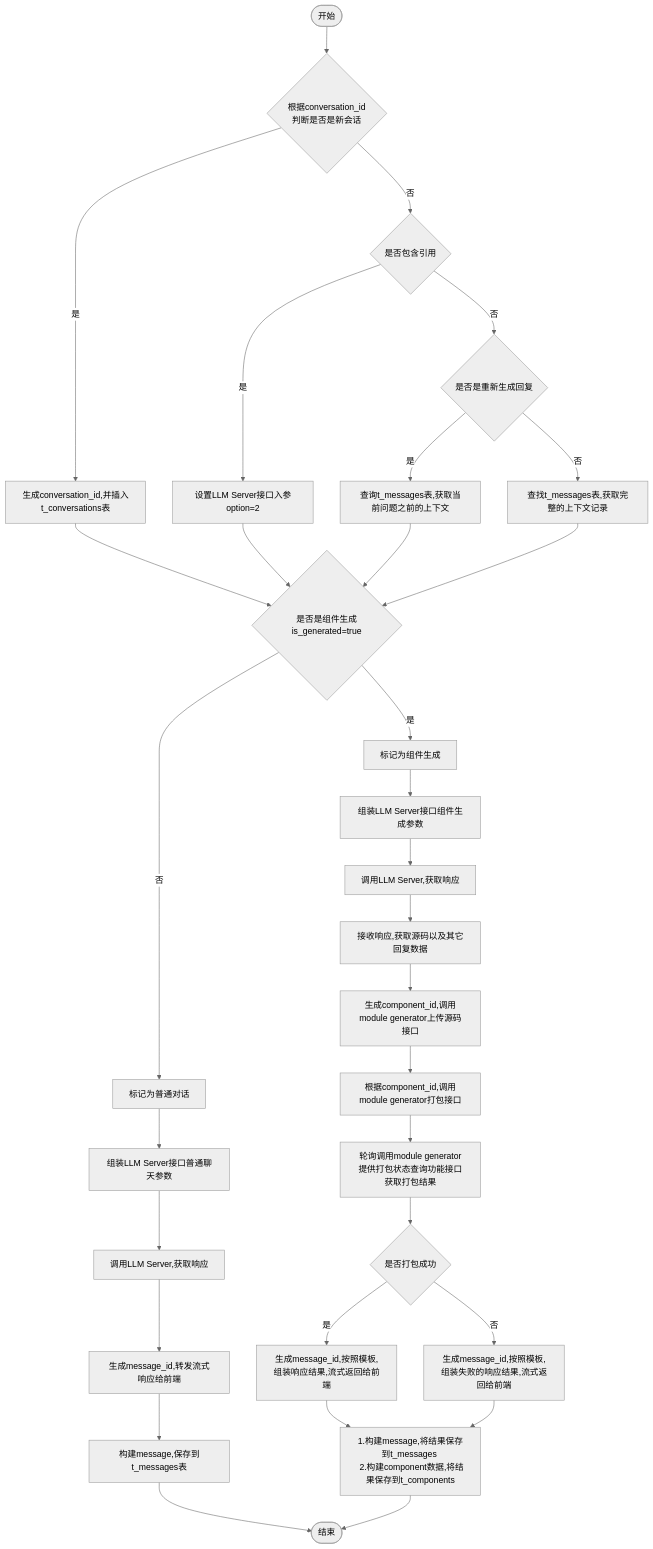
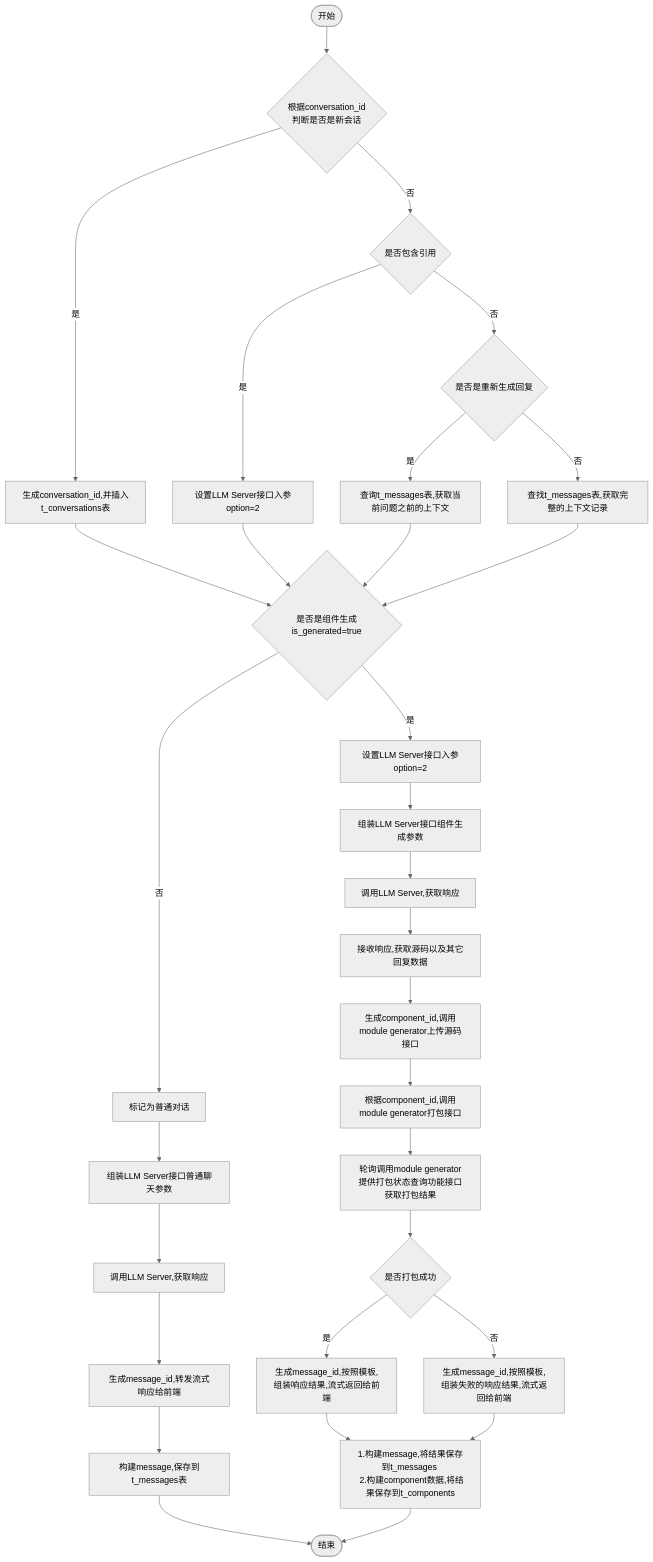
Before and after one commit to yingjianzh/iodraw-files: the diagram in all/w3-会话-不需要传递message.md, drawn with Mermaid (neutral theme).

Commit message:
2024-10-14 11:07:50 update

````diff
--- a/all/w3-会话-不需要传递message.md
+++ b/all/w3-会话-不需要传递message.md
@@ -1,35 +1,35 @@
 ```mermaid
 flowchart TD
     A([开始]) --> B{根据conversation_id \n 判断是否是新会话}
     B -- 是 --> C[生成conversation_id,并插入t_conversations表]
     B -- 否 --> D{是否包含引用}
     D -- 是 --> E[设置LLM Server接口入参option=2]
     D -- 否 --> F{是否是重新生成回复}
     F -- 是 --> G[查询t_messages表,获取当前问题之前的上下文]
     F -- 否 --> H[查找t_messages表,获取完整的上下文记录]
      
     C & E & G & H --> I{是否是组件生成is_generated=true}
-    I -- 是 --> J[标记为组件生成]
+    I -- 是 --> J[设置LLM Server接口入参option=2]
     I -- 否 --> K[标记为普通对话]
 
 
     J --> L[组装LLM Server接口组件生成参数]    
     K --> M[组装LLM Server接口普通聊天参数]    
     M --> N[调用LLM Server,获取响应]    
     N --> O[生成message_id,转发流式响应给前端]
     O --> P[构建message,保存到t_messages表]
     P --> R([结束])
 
 
     L --> S[调用LLM Server,获取响应]
     S --> T[接收响应,获取源码以及其它回复数据]
     T --> U[生成component_id,调用module generator上传源码接口]
     U --> V[根据component_id,调用module generator打包接口]
     V --> W[轮询调用module generator提供打包状态查询功能接口获取打包结果]
     W --> X{是否打包成功}
     X -- 是 --> Y[生成message_id,按照模板,组装响应结果,流式返回给前端]
     X -- 否 --> Z[生成message_id,按照模板,组装失败的响应结果,流式返回给前端]
 
     Y & Z --> Result[1.构建message,将结果保存到t_messages \n 2.构建component数据,将结果保存到t_components]
     Result --> R
 ```
````
